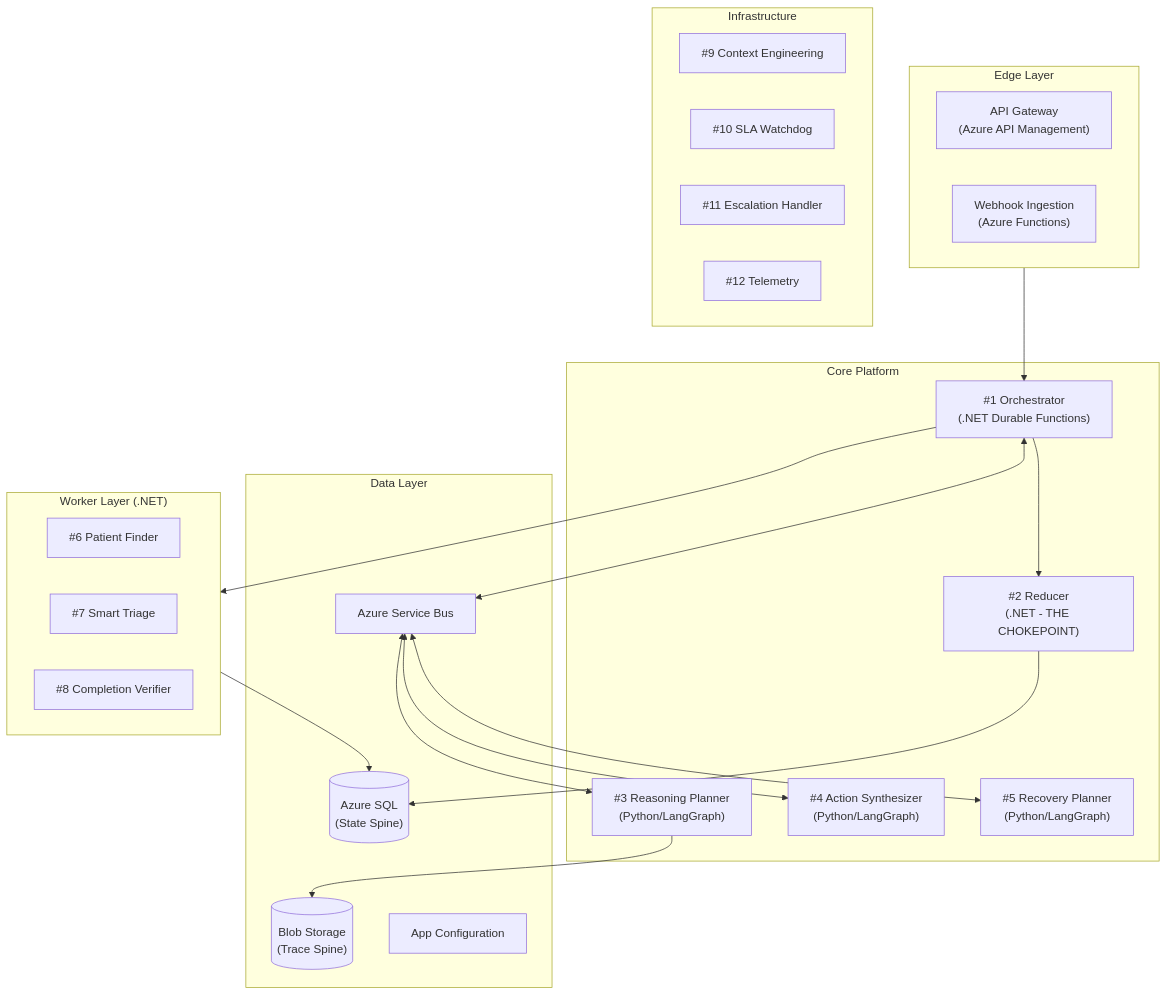
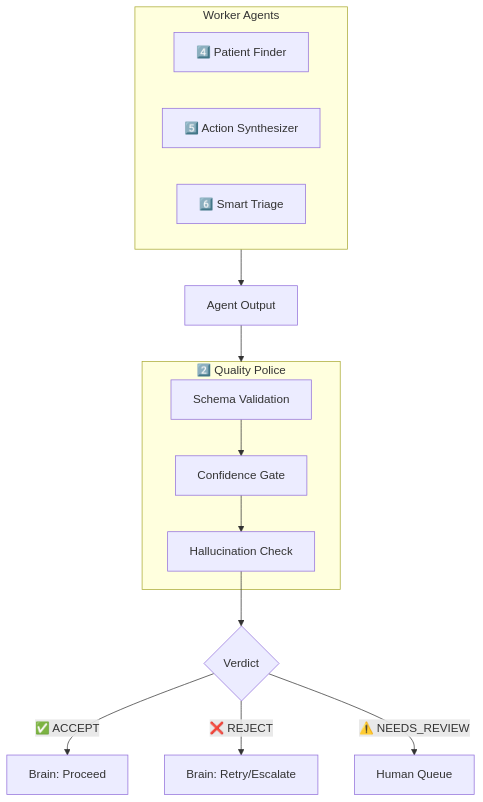
Before and after one commit to mohabnazmy/test: the fifth of 16 diagrams in test.md, drawn with Mermaid. The commit also changed other lines of this file, not shown here.

````diff
--- a/test.md
+++ b/test.md
@@ -173,46 +186,24 @@
 ```mermaid
 flowchart TB
-    subgraph Edge["Edge Layer"]
-        API["API Gateway\n(Azure API Management)"]
-        Webhook["Webhook Ingestion\n(Azure Functions)"]
+    subgraph Workers["Worker Agents"]
+        PatientFinder["4️⃣ Patient Finder"]
+        ActionSynth["5️⃣ Action Synthesizer"]
+        SmartTriage["6️⃣ Smart Triage"]
     end
-
-    subgraph Core["Core Platform"]
-        Orchestrator["#1 Orchestrator\n(.NET Durable Functions)"]
-        Reducer["#2 Reducer\n(.NET - THE CHOKEPOINT)"]
-        ReasoningPlanner["#3 Reasoning Planner\n(Python/LangGraph)"]
-        ActionSynth["#4 Action Synthesizer\n(Python/LangGraph)"]
-        RecoveryPlanner["#5 Recovery Planner\n(Python/LangGraph)"]
+    
+    Workers --> Output["Agent Output"]
+    Output --> QP
+    
+    subgraph QP["2️⃣ Quality Police"]
+        Gate1["Schema Validation"]
+        Gate2["Confidence Gate"]
+        Gate3["Hallucination Check"]
+        Gate1 --> Gate2 --> Gate3
     end
-
-    subgraph Workers["Worker Layer (.NET)"]
-        PatientFinder["#6 Patient Finder"]
-        SmartTriage["#7 Smart Triage"]
-        CompletionVerifier["#8 Completion Verifier"]
-    end
-
-    subgraph Infra["Infrastructure"]
-        ContextEng["#9 Context Engineering"]
-        SLAWatchdog["#10 SLA Watchdog"]
-        EscalationHandler["#11 Escalation Handler"]
-        Telemetry["#12 Telemetry"]
-    end
-
-    subgraph Data["Data Layer"]
-        SQL[("Azure SQL\n(State Spine)")]
-        Blob[("Blob Storage\n(Trace Spine)")]
-        ServiceBus["Azure Service Bus"]
-        AppConfig["App Configuration"]
-    end
-
-    Edge --> Orchestrator
-    Orchestrator --> Reducer
-    Orchestrator <--> ServiceBus
-    ServiceBus <--> ReasoningPlanner
-    ServiceBus <--> ActionSynth
-    ServiceBus <--> RecoveryPlanner
-    Reducer --> SQL
-    ReasoningPlanner --> Blob
-    Orchestrator --> Workers
-    Workers --> SQL
+    
+    Gate3 --> Verdict{"Verdict"}
+    
+    Verdict -->|"✅ ACCEPT"| Proceed["Brain: Proceed"]
+    Verdict -->|"❌ REJECT"| Retry["Brain: Retry/Escalate"]
+    Verdict -->|"⚠️ NEEDS_REVIEW"| Human["Human Queue"]
 ```
````
